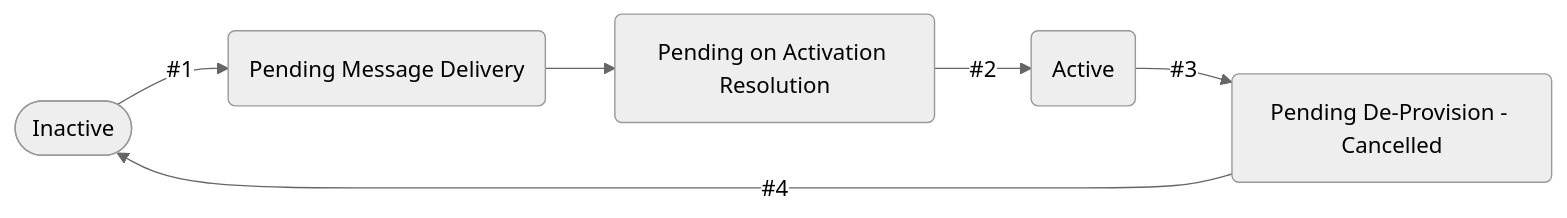
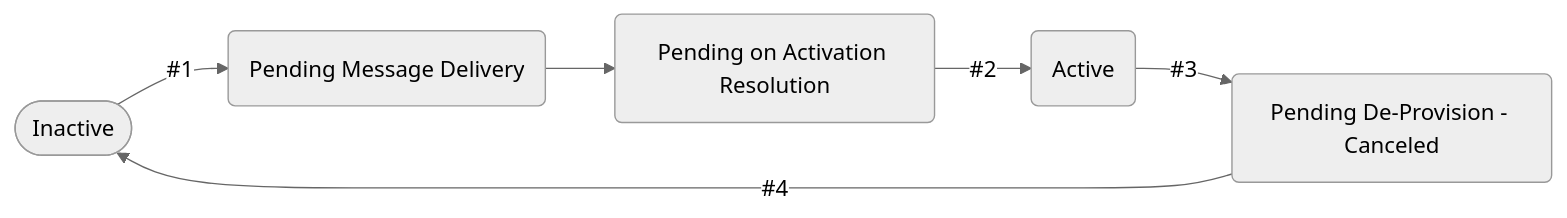
Before and after one commit to vendasta/marketplace-documentation: the second of 2 diagrams in docs/Guides/provisioning_workflow.md, drawn with Mermaid (neutral theme). The commit also changed other lines of this file, not shown here.

````diff
--- a/docs/Guides/provisioning_workflow.md
+++ b/docs/Guides/provisioning_workflow.md
@@ -13,4 +13,4 @@
 ``` mermaid
 flowchart LR
-  I([Inactive])--#1-->P(Pending Message Delivery)-->PV(Pending on Activation Resolution)--#2-->A(Active)--#3-->PD(Pending De-Provision - Cancelled)--#4-->I
+  I([Inactive])--#1-->P(Pending Message Delivery)-->PV(Pending on Activation Resolution)--#2-->A(Active)--#3-->PD(Pending De-Provision - Canceled)--#4-->I
 ```
````
